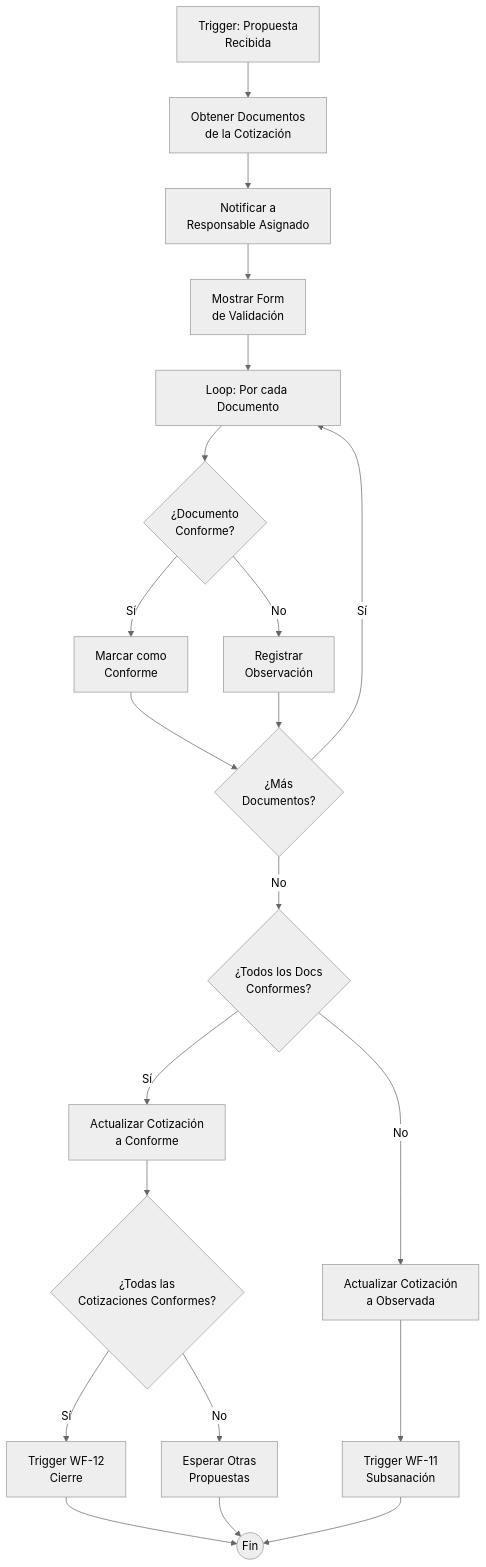
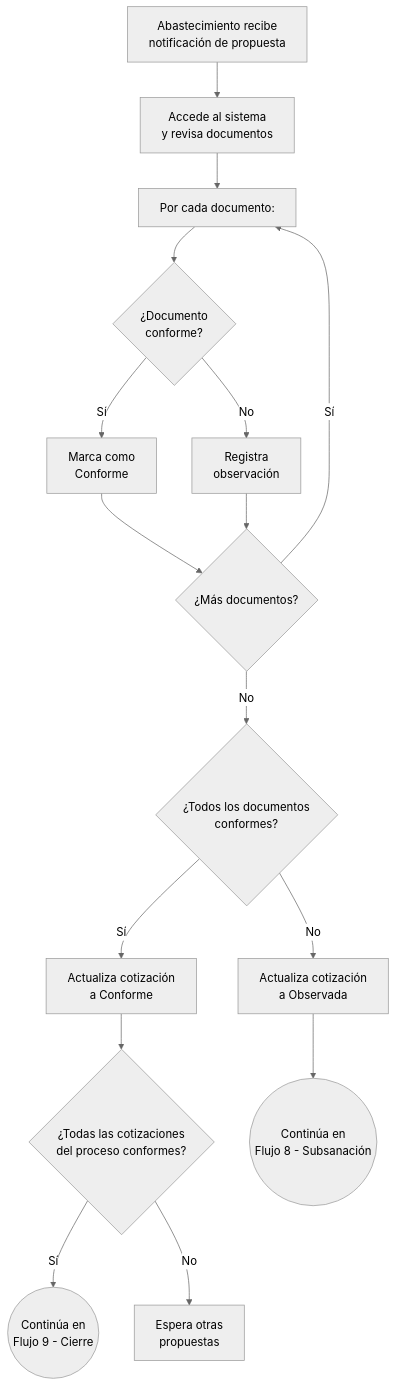
Diagram 11 of 16 in README.md (lfam200/WorkFlow-n8n), drawn with Mermaid (neutral theme) before and after one commit. The commit also changed other lines of this file, not shown here.

````diff
--- a/README.md
+++ b/README.md
@@ -1367,32 +448,25 @@
 ```mermaid
 flowchart TD
-    A[Trigger: Propuesta<br/>Recibida] --> B[Obtener Documentos<br/>de la Cotización]
+    A[Abastecimiento recibe<br/>notificación de propuesta] --> B[Accede al sistema<br/>y revisa documentos]
     
-    B --> C[Notificar a<br/>Responsable Asignado]
-    C --> D[Mostrar Form<br/>de Validación]
+    B --> C[Por cada documento:]
+    C --> D{¿Documento<br/>conforme?}
     
-    D --> E[Loop: Por cada Documento]
-    E --> F{¿Documento<br/>Conforme?}
+    D -->|Sí| E[Marca como<br/>Conforme]
+    D -->|No| F[Registra<br/>observación]
     
-    F -->|Sí| G[Marcar como<br/>Conforme]
-    F -->|No| H[Registrar<br/>Observación]
+    E --> G{¿Más documentos?}
+    F --> G
+    G -->|Sí| C
     
-    G --> I{¿Más<br/>Documentos?}
-    H --> I
+    G -->|No| H{¿Todos los documentos<br/>conformes?}
     
-    I -->|Sí| E
-    I -->|No| J{¿Todos los Docs<br/>Conformes?}
+    H -->|Sí| I[Actualiza cotización<br/>a Conforme]
+    I --> J{¿Todas las cotizaciones<br/>del proceso conformes?}
     
-    J -->|Sí| K[Actualizar Cotización<br/>a Conforme]
-    K --> L{¿Todas las<br/>Cotizaciones Conformes?}
+    J -->|Sí| K((Continúa en<br/>Flujo 9 - Cierre))
+    J -->|No| L[Espera otras<br/>propuestas]
     
-    L -->|Sí| M[Trigger WF-12<br/>Cierre]
-    L -->|No| N[Esperar Otras<br/>Propuestas]
-    
-    J -->|No| O[Actualizar Cotización<br/>a Observada]
-    O --> P[Trigger WF-11<br/>Subsanación]
-    
-    M --> Q((Fin))
-    N --> Q
-    P --> Q
+    H -->|No| M[Actualiza cotización<br/>a Observada]
+    M --> N((Continúa en<br/>Flujo 8 - Subsanación))
 ```
````
